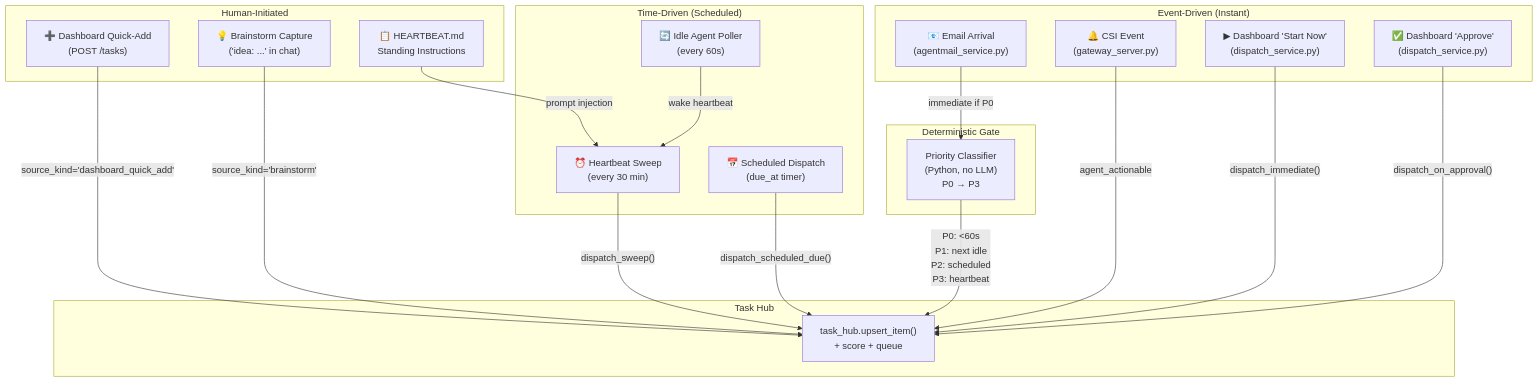
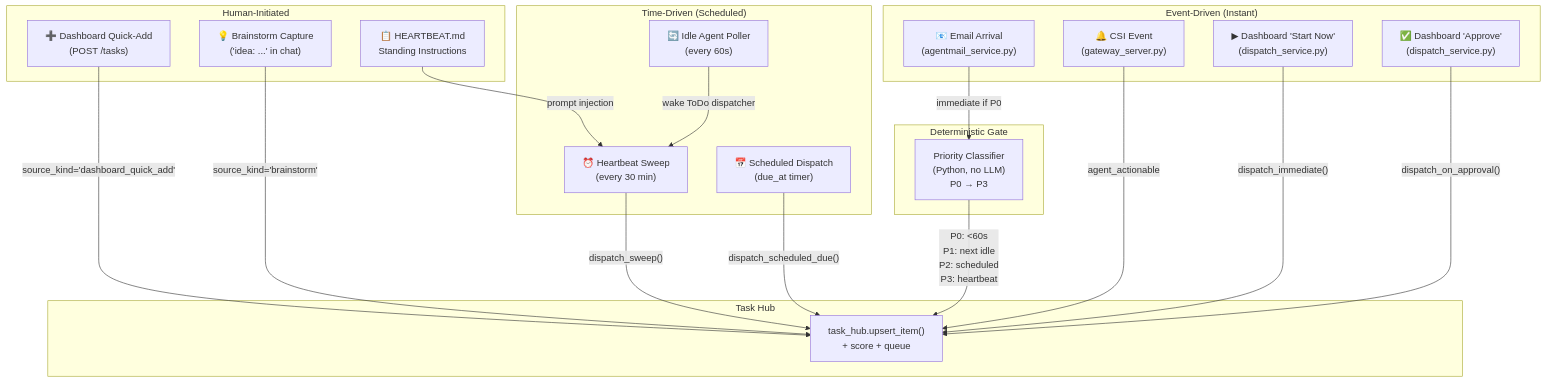
Diagram 11 of 11 in docs/02_Subsystems/Proactive_Pipeline.md (Kjdragan/universal_agent), drawn with Mermaid before and after one commit. The commit also changed other lines of this file and 23 other files, not shown here.

````diff
--- a/docs/02_Subsystems/Proactive_Pipeline.md
+++ b/docs/02_Subsystems/Proactive_Pipeline.md
@@ -768,41 +774,41 @@
 ```mermaid
 flowchart TD
     subgraph "Event-Driven (Instant)"
         E1["📧 Email Arrival\n(agentmail_service.py)"]
         E2["🔔 CSI Event\n(gateway_server.py)"]
         E3["▶ Dashboard 'Start Now'\n(dispatch_service.py)"]
         E4["✅ Dashboard 'Approve'\n(dispatch_service.py)"]
     end
 
     subgraph "Time-Driven (Scheduled)"
         T1["⏰ Heartbeat Sweep\n(every 30 min)"]
         T2["🔄 Idle Agent Poller\n(every 60s)"]
         T3["📅 Scheduled Dispatch\n(due_at timer)"]
     end
 
     subgraph "Human-Initiated"
         H1["➕ Dashboard Quick-Add\n(POST /tasks)"]
         H2["💡 Brainstorm Capture\n('idea: ...' in chat)"]
         H3["📋 HEARTBEAT.md\nStanding Instructions"]
     end
 
     subgraph "Deterministic Gate"
         PC["Priority Classifier\n(Python, no LLM)\nP0 → P3"]
     end
 
     subgraph "Task Hub"
         TH["task_hub.upsert_item()\n+ score + queue"]
     end
 
     E1 -->|"immediate if P0"| PC
     E2 -->|"agent_actionable"| TH
     E3 -->|"dispatch_immediate()"| TH
     E4 -->|"dispatch_on_approval()"| TH
     T1 -->|"dispatch_sweep()"| TH
-    T2 -->|"wake heartbeat"| T1
+    T2 -->|"wake ToDo dispatcher"| T1
     T3 -->|"dispatch_scheduled_due()"| TH
     H1 -->|"source_kind='dashboard_quick_add'"| TH
     H2 -->|"source_kind='brainstorm'"| TH
     H3 -->|"prompt injection"| T1
     PC -->|"P0: <60s\nP1: next idle\nP2: scheduled\nP3: heartbeat"| TH
 ```
````
